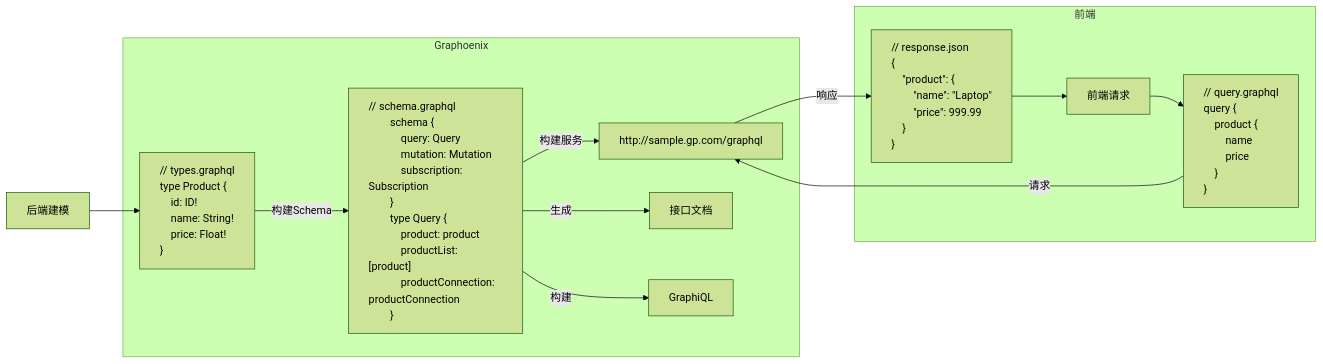
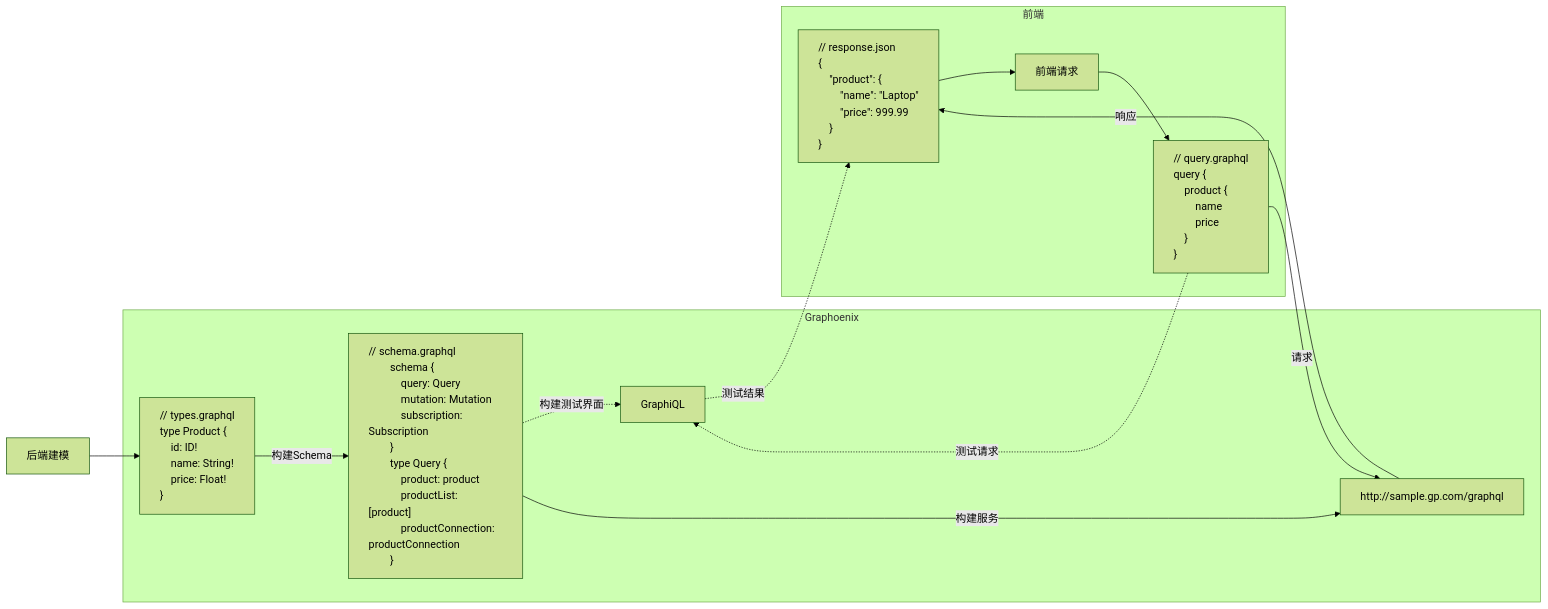
Before and after one commit to doukai/gp-doc.github.io: the second of 12 diagrams in docs/intro.md, drawn with Mermaid (forest theme). The commit also changed other lines of this file and 4 other files, not shown here.

````diff
--- a/docs/intro.md
+++ b/docs/intro.md
@@ -52,52 +52,55 @@
 ```mermaid
 flowchart LR
     uml[后端建模] --> schema
-    request --> query -- 请求 --> http
-    http -- 响应 --> response --> request
+    request --> query
+    query -- 请求 --> http
+    query -. 测试请求 .-> iq
+    iq -. 测试结果 .-> response
+    http -- 响应 --> response
+    response --> request
     subgraph Graphoenix
         schema["// types.graphql
         type Product {
         &emsp;id: ID!
         &emsp;name: String!
         &emsp;price: Float!
         }"]
         graphql["// schema.graphql
         schema {
         &emsp;query: Query
         &emsp;mutation: Mutation
         &emsp;subscription: Subscription
         }
         type Query {
         &emsp;product: product
         &emsp;productList: [product]
         &emsp;productConnection: productConnection
         }"]
         http["http://sample.gp.com/graphql"]
-        doc[接口文档]
         iq[GraphiQL]
-        schema -- 构建Schema --> graphql -- 构建服务 --> http
-        graphql -- 生成 --> doc
-        graphql -- 构建 --> iq
+        schema -- 构建Schema --> graphql
+        graphql -. 构建测试界面 .-> iq
+        graphql -- 构建服务 --> http
     end
     subgraph 前端
         request[前端请求]
         query["// query.graphql
         query {
         &emsp;product {
         &emsp;&emsp;name
         &emsp;&emsp;price
         &emsp;}
         }"]
         response["// response.json
         {
         &emsp;&quot;product&quot;: {
         &emsp;&emsp;&quot;name&quot;: &quot;Laptop&quot;
         &emsp;&emsp;&quot;price&quot;: 999.99
         &emsp;}
         }"]
     end
     style schema text-align:left
     style graphql text-align:left
     style query text-align:left
     style response text-align:left
 ```
````
